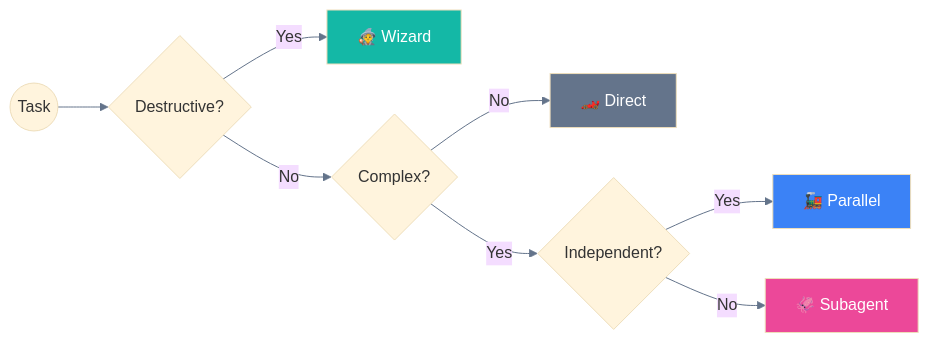
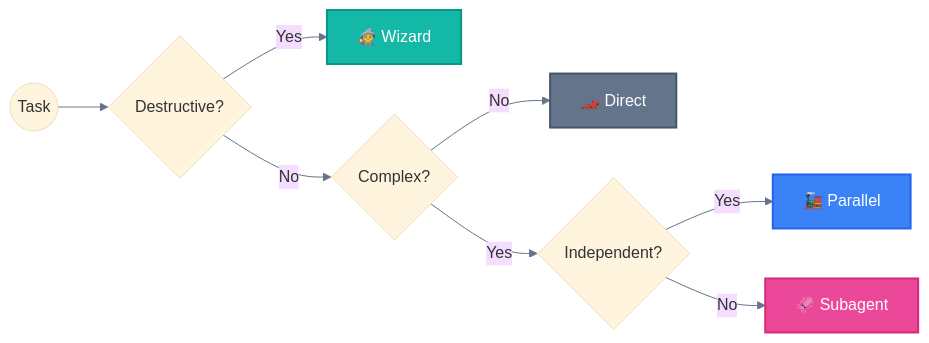
Before and after one commit to ThibautMelen/claude-agentic-patterns: the second of 2 diagrams in README.md, drawn with Mermaid. The commit also changed 20 other files, not shown here.

````diff
--- a/README.md
+++ b/README.md
@@ -203,16 +203,21 @@
 ```mermaid
 %%{init: {'theme': 'base', 'themeVariables': {'lineColor': '#64748b'}}}%%
 flowchart LR
     START((Task)) --> D{Destructive?}
     D -->|Yes| WIZ[🧙 Wizard]
     D -->|No| C{Complex?}
     C -->|No| DIRECT[🏎️ Direct]
     C -->|Yes| I{Independent?}
     I -->|Yes| PAR[🚂 Parallel]
     I -->|No| SUB[🦑 Subagent]
 
-    style DIRECT fill:#64748b,color:#fff
-    style WIZ fill:#14b8a6,color:#fff
-    style PAR fill:#3b82f6,color:#fff
-    style SUB fill:#ec4899,color:#fff
+    classDef baseline fill:#64748b,stroke:#475569,stroke-width:2px,color:#ffffff
+    classDef wizard fill:#14b8a6,stroke:#0d9488,stroke-width:2px,color:#ffffff
+    classDef parallel fill:#3b82f6,stroke:#2563eb,stroke-width:2px,color:#ffffff
+    classDef subagent fill:#ec4899,stroke:#db2777,stroke-width:2px,color:#ffffff
+
+    DIRECT:::baseline
+    WIZ:::wizard
+    PAR:::parallel
+    SUB:::subagent
 ```
````
